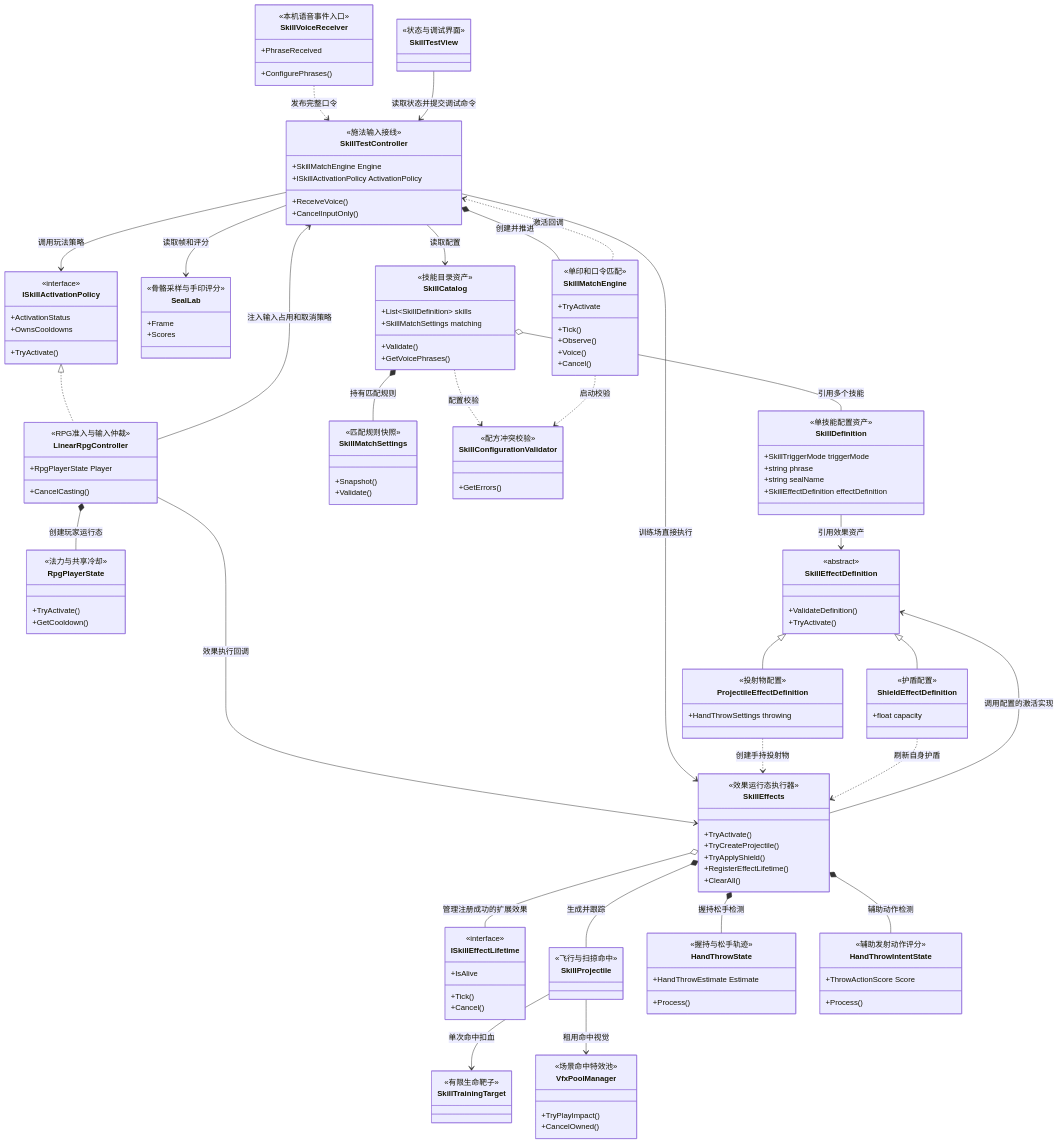
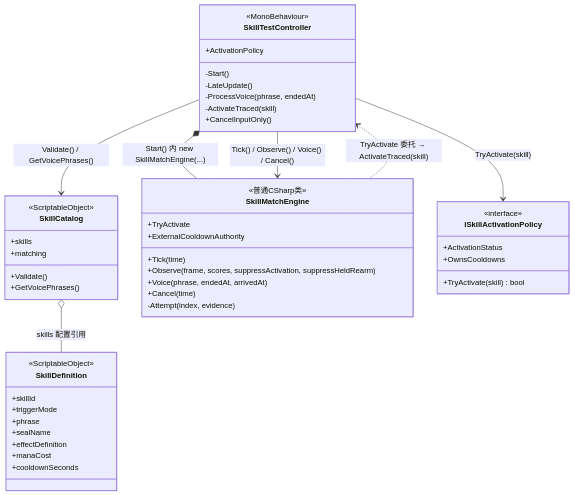
Before and after one commit to lphahapl/unity-xr-multimodal-spellcasting: the third of 10 diagrams in docs/architecture/SKILL_SYSTEM_CLASS_DIAGRAM_ZH.md, drawn with Mermaid. The commit also changed other lines of this file and 18367 other files, not shown here.

````diff
--- a/docs/architecture/SKILL_SYSTEM_CLASS_DIAGRAM_ZH.md
+++ b/docs/architecture/SKILL_SYSTEM_CLASS_DIAGRAM_ZH.md
@@ -13,148 +94,52 @@
-```mermaid
+~~~mermaid
 classDiagram
     direction TB
     class SkillCatalog {
-        <<技能目录资产>>
-        +List~SkillDefinition~ skills
-        +SkillMatchSettings matching
+        <<ScriptableObject>>
+        +skills
+        +matching
         +Validate()
         +GetVoicePhrases()
     }
     class SkillDefinition {
-        <<单技能配置资产>>
-        +SkillTriggerMode triggerMode
-        +string phrase
-        +string sealName
-        +SkillEffectDefinition effectDefinition
-    }
-    class SkillMatchSettings {
-        <<匹配规则快照>>
-        +Snapshot()
-        +Validate()
-    }
-    class SkillConfigurationValidator {
-        <<配方冲突校验>>
-        +GetErrors()
-    }
-    class SealLab {
-        <<骨骼采样与手印评分>>
-        +Frame
-        +Scores
-    }
-    class SkillVoiceReceiver {
-        <<本机语音事件入口>>
-        +PhraseReceived
-        +ConfigurePhrases()
+        <<ScriptableObject>>
+        +skillId
+        +triggerMode
+        +phrase
+        +sealName
+        +effectDefinition
+        +manaCost
+        +cooldownSeconds
     }
     class SkillTestController {
-        <<施法输入接线>>
-        +SkillMatchEngine Engine
-        +ISkillActivationPolicy ActivationPolicy
-        +ReceiveVoice()
+        <<MonoBehaviour>>
+        +ActivationPolicy
+        -Start()
+        -LateUpdate()
+        -ProcessVoice(phrase, endedAt)
+        -ActivateTraced(skill)
         +CancelInputOnly()
     }
-    class SkillTestView {
-        <<状态与调试界面>>
-    }
     class SkillMatchEngine {
-        <<单印和口令匹配>>
+        <<普通CSharp类>>
         +TryActivate
-        +Tick()
-        +Observe()
-        +Voice()
-        +Cancel()
+        +ExternalCooldownAuthority
+        +Tick(time)
+        +Observe(frame, scores, suppressActivation, suppressHeldRearm)
+        +Voice(phrase, endedAt, arrivedAt)
+        +Cancel(time)
+        -Attempt(index, evidence)
     }
     class ISkillActivationPolicy {
         <<interface>>
-        +TryActivate()
+        +TryActivate(skill) bool
         +ActivationStatus
         +OwnsCooldowns
     }
-    class LinearRpgController {
-        <<RPG准入与输入仲裁>>
-        +RpgPlayerState Player
-        +CancelCasting()
-    }
-    class RpgPlayerState {
-        <<法力与共享冷却>>
-        +TryActivate()
-        +GetCooldown()
-    }
-    class SkillEffects {
-        <<效果运行态执行器>>
-        +TryActivate()
-        +TryCreateProjectile()
-        +TryApplyShield()
-        +RegisterEffectLifetime()
-        +ClearAll()
-    }
-    class SkillEffectDefinition {
-        <<abstract>>
-        +ValidateDefinition()
-        +TryActivate()
-    }
-    class ProjectileEffectDefinition {
-        <<投射物配置>>
-        +HandThrowSettings throwing
-    }
-    class ShieldEffectDefinition {
-        <<护盾配置>>
-        +float capacity
-    }
-    class ISkillEffectLifetime {
-        <<interface>>
-        +IsAlive
-        +Tick()
-        +Cancel()
-    }
-    class SkillProjectile {
-        <<飞行与扫掠命中>>
-    }
-    class SkillTrainingTarget {
-        <<有限生命靶子>>
-    }
-    class HandThrowState {
-        <<握持与松手轨迹>>
-        +Process()
-        +HandThrowEstimate Estimate
-    }
-    class HandThrowIntentState {
-        <<辅助发射动作评分>>
-        +Process()
-        +ThrowActionScore Score
-    }
-    class VfxPoolManager {
-        <<场景命中特效池>>
-        +TryPlayImpact()
-        +CancelOwned()
-    }
-
-    SkillCatalog o-- SkillDefinition : 引用多个技能
-    SkillCatalog *-- SkillMatchSettings : 持有匹配规则
-    SkillCatalog ..> SkillConfigurationValidator : 配置校验
-    SkillMatchEngine ..> SkillConfigurationValidator : 启动校验
-    SkillDefinition --> SkillEffectDefinition : 引用效果资产
-    SkillTestController --> SkillCatalog : 读取配置
-    SkillTestController --> SealLab : 读取帧和评分
-    SkillVoiceReceiver ..> SkillTestController : 发布完整口令
-    SkillTestController *-- SkillMatchEngine : 创建并推进
-    SkillTestView --> SkillTestController : 读取状态并提交调试命令
-    SkillMatchEngine ..> SkillTestController : 激活回调
-    SkillTestController --> ISkillActivationPolicy : 调用玩法策略
-    ISkillActivationPolicy <|.. LinearRpgController
-    LinearRpgController *-- RpgPlayerState : 创建玩家运行态
-    LinearRpgController --> SkillEffects : 效果执行回调
-    LinearRpgController --> SkillTestController : 注入输入占用和取消策略
-    SkillTestController --> SkillEffects : 训练场直接执行
-    SkillEffects --> SkillEffectDefinition : 调用配置的激活实现
-    SkillEffectDefinition <|-- ProjectileEffectDefinition
-    SkillEffectDefinition <|-- ShieldEffectDefinition
-    ProjectileEffectDefinition ..> SkillEffects : 创建手持投射物
-    ShieldEffectDefinition ..> SkillEffects : 刷新自身护盾
-    SkillEffects o-- ISkillEffectLifetime : 管理注册成功的扩展效果
-    SkillEffects *-- HandThrowState : 握持松手检测
-    SkillEffects *-- HandThrowIntentState : 辅助动作检测
-    SkillEffects *-- SkillProjectile : 生成并跟踪
-    SkillProjectile --> SkillTrainingTarget : 单次命中扣血
-    SkillProjectile --> VfxPoolManager : 租用命中视觉
-```
+    SkillCatalog o-- SkillDefinition : skills 配置引用
+    SkillTestController --> SkillCatalog : Validate() / GetVoicePhrases()
+    SkillTestController *-- SkillMatchEngine : Start() 内 new SkillMatchEngine(...)
+    SkillTestController --> SkillMatchEngine : Tick() / Observe() / Voice() / Cancel()
+    SkillMatchEngine ..> SkillTestController : TryActivate 委托 → ActivateTraced(skill)
+    SkillTestController --> ISkillActivationPolicy : TryActivate(skill)
+~~~
````
